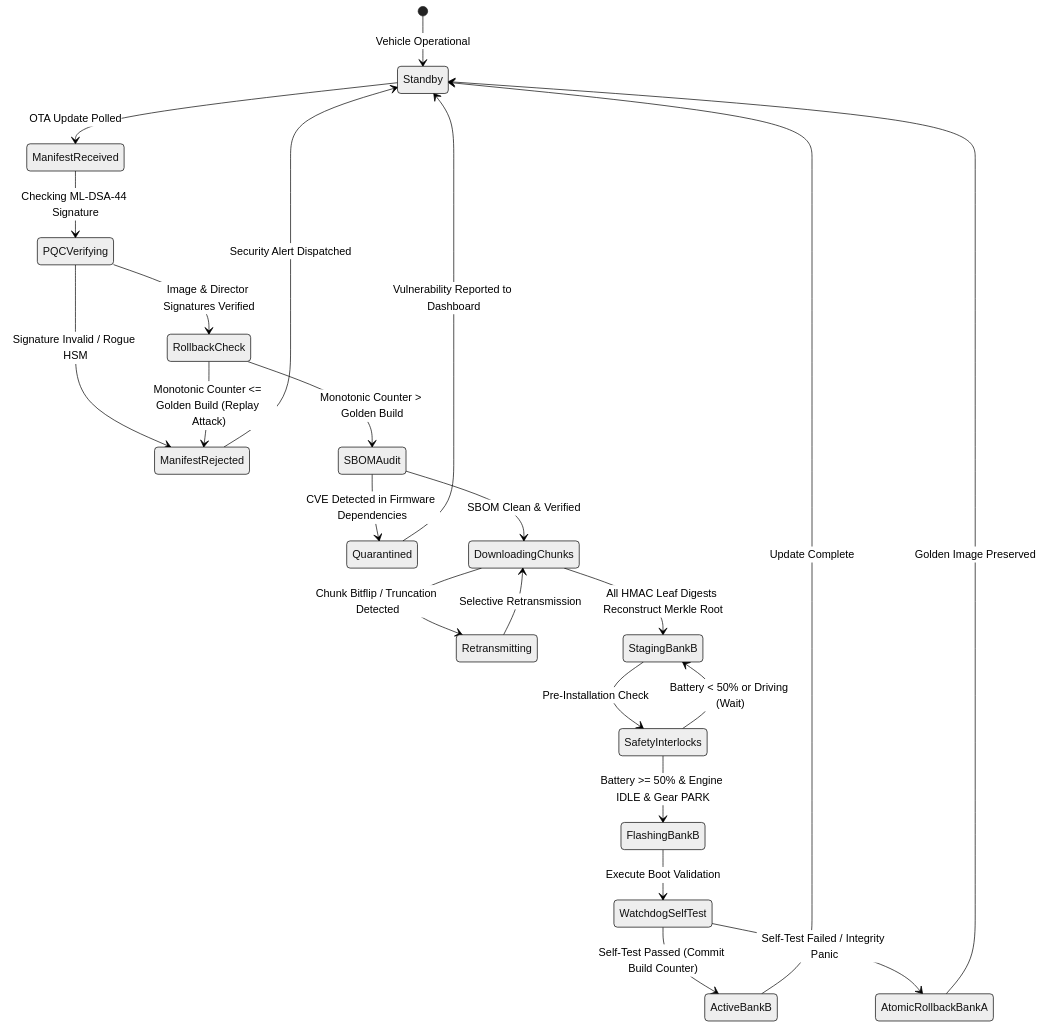
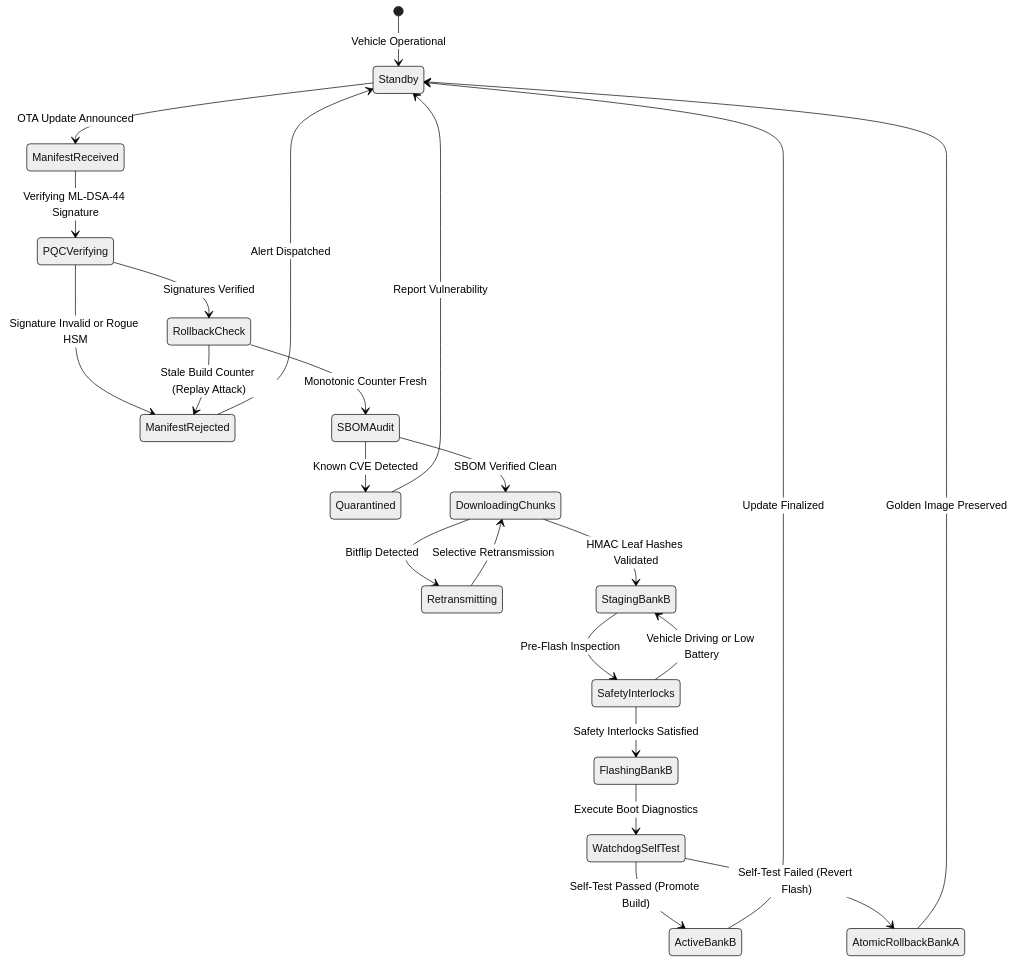
The second of 3 diagrams in README.md (imnottaken/AutoQrypt), drawn with Mermaid (neutral theme) before and after one commit. The commit also changed other lines of this file, not shown here.

Commit message:
docs: fix mermaid diagram syntax, deliverable links, and AutoQrypt branding

````diff
--- a/README.md
+++ b/README.md
@@ -208,30 +118,30 @@
 ```mermaid
 stateDiagram-v2
     [*] --> Standby: Vehicle Operational
-    Standby --> ManifestReceived: OTA Update Polled
-    ManifestReceived --> PQCVerifying: Checking ML-DSA-44 Signature
-    PQCVerifying --> ManifestRejected: Signature Invalid / Rogue HSM
-    ManifestRejected --> Standby: Security Alert Dispatched
+    Standby --> ManifestReceived: OTA Update Announced
+    ManifestReceived --> PQCVerifying: Verifying ML-DSA-44 Signature
+    PQCVerifying --> ManifestRejected: Signature Invalid or Rogue HSM
+    ManifestRejected --> Standby: Alert Dispatched
     
-    PQCVerifying --> RollbackCheck: Image & Director Signatures Verified
-    RollbackCheck --> ManifestRejected: Monotonic Counter <= Golden Build (Replay Attack)
-    RollbackCheck --> SBOMAudit: Monotonic Counter > Golden Build
+    PQCVerifying --> RollbackCheck: Signatures Verified
+    RollbackCheck --> ManifestRejected: Stale Build Counter (Replay Attack)
+    RollbackCheck --> SBOMAudit: Monotonic Counter Fresh
     
-    SBOMAudit --> Quarantined: CVE Detected in Firmware Dependencies
-    Quarantined --> Standby: Vulnerability Reported to Dashboard
+    SBOMAudit --> Quarantined: Known CVE Detected
+    Quarantined --> Standby: Report Vulnerability
     
-    SBOMAudit --> DownloadingChunks: SBOM Clean & Verified
-    DownloadingChunks --> Retransmitting: Chunk Bitflip / Truncation Detected
+    SBOMAudit --> DownloadingChunks: SBOM Verified Clean
+    DownloadingChunks --> Retransmitting: Bitflip Detected
     Retransmitting --> DownloadingChunks: Selective Retransmission
-    DownloadingChunks --> StagingBankB: All HMAC Leaf Digests Reconstruct Merkle Root
+    DownloadingChunks --> StagingBankB: HMAC Leaf Hashes Validated
     
-    StagingBankB --> SafetyInterlocks: Pre-Installation Check
-    SafetyInterlocks --> StagingBankB: Battery < 50% or Driving (Wait)
-    SafetyInterlocks --> FlashingBankB: Battery >= 50% & Engine IDLE & Gear PARK
+    StagingBankB --> SafetyInterlocks: Pre-Flash Inspection
+    SafetyInterlocks --> StagingBankB: Vehicle Driving or Low Battery
+    SafetyInterlocks --> FlashingBankB: Safety Interlocks Satisfied
     
-    FlashingBankB --> WatchdogSelfTest: Execute Boot Validation
-    WatchdogSelfTest --> ActiveBankB: Self-Test Passed (Commit Build Counter)
-    WatchdogSelfTest --> AtomicRollbackBankA: Self-Test Failed / Integrity Panic
+    FlashingBankB --> WatchdogSelfTest: Execute Boot Diagnostics
+    WatchdogSelfTest --> ActiveBankB: Self-Test Passed (Promote Build)
+    WatchdogSelfTest --> AtomicRollbackBankA: Self-Test Failed (Revert Flash)
     AtomicRollbackBankA --> Standby: Golden Image Preserved
-    ActiveBankB --> Standby: Update Complete
+    ActiveBankB --> Standby: Update Finalized
 ```
````
